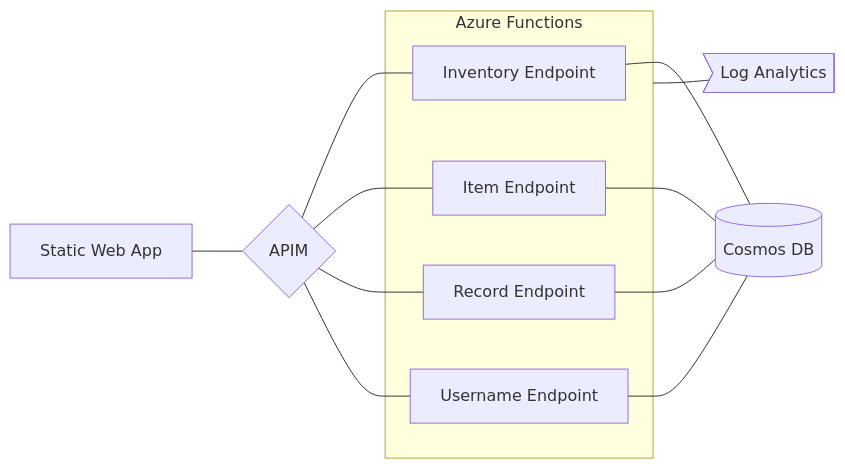
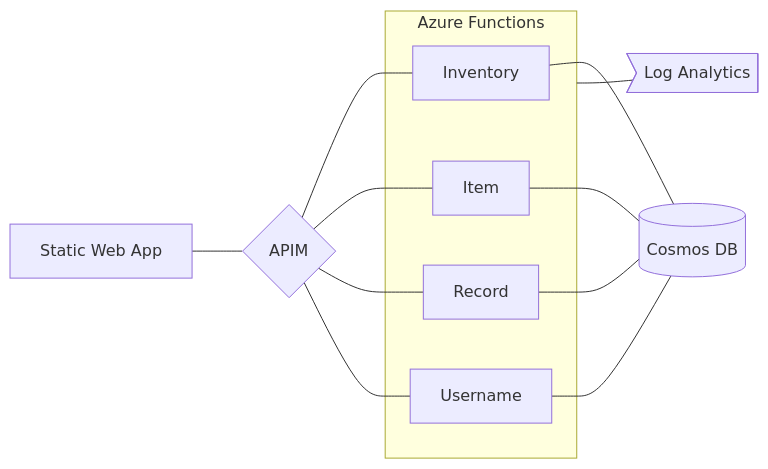
One commit to AndrewKorchemniy/Inventory-Management-System changed the diagram in docs/cloud-schema.md. Above: the diagram before and after it, drawn with Mermaid. The commit also changed other lines of this file and 3 other files, not shown here.

Commit message:
add database schema

````diff
--- a/docs/cloud-schema.md
+++ b/docs/cloud-schema.md
@@ -2,13 +3,13 @@
 ```mermaid
 graph LR;
     frontend[Static Web App] --- apim{APIM}
     apim --- api_inventory & api_item & api_record & api_username
     subgraph functions[Azure Functions]
-        api_inventory[Inventory Endpoint]
-        api_item[Item Endpoint]
-        api_record[Record Endpoint]
-        api_username[Username Endpoint]
+        api_inventory[Inventory]
+        api_item[Item]
+        api_record[Record]
+        api_username[Username]
     end
     api_inventory & api_item & api_record & api_username --- cosmosdb[(Cosmos DB)]
     functions ---  logs>Log Analytics]
 ```
````
